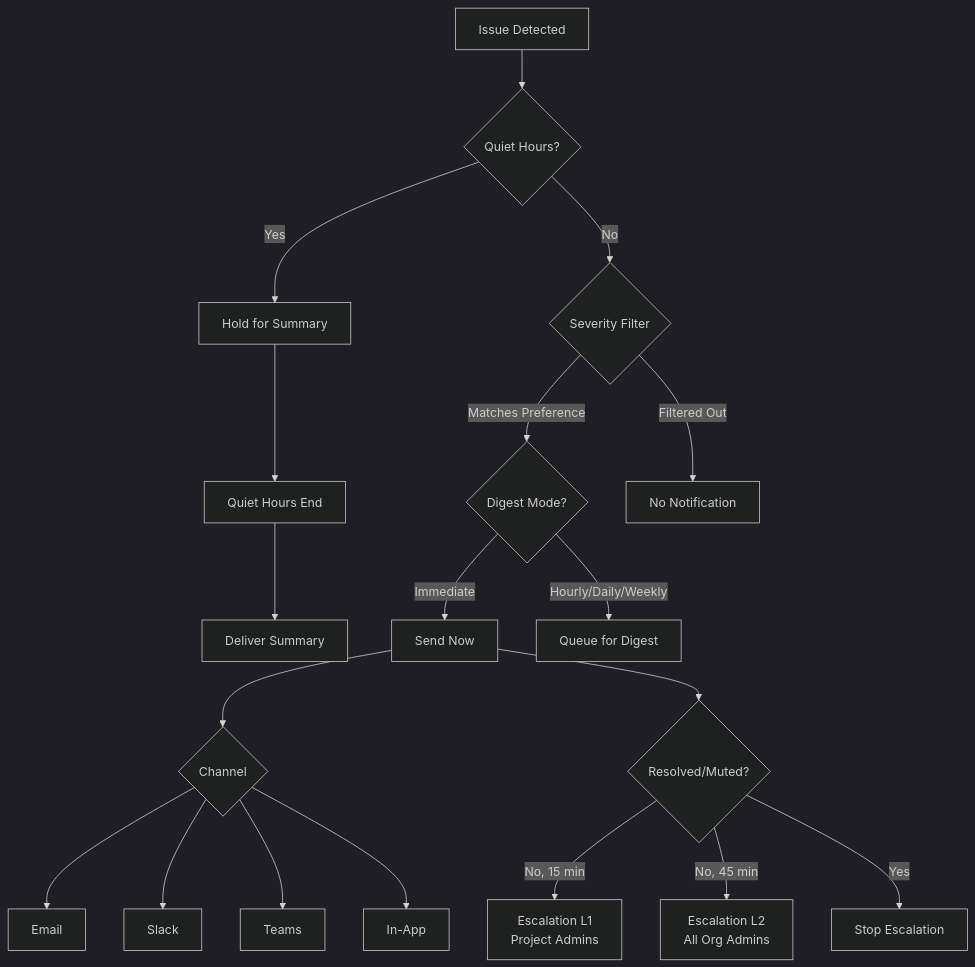
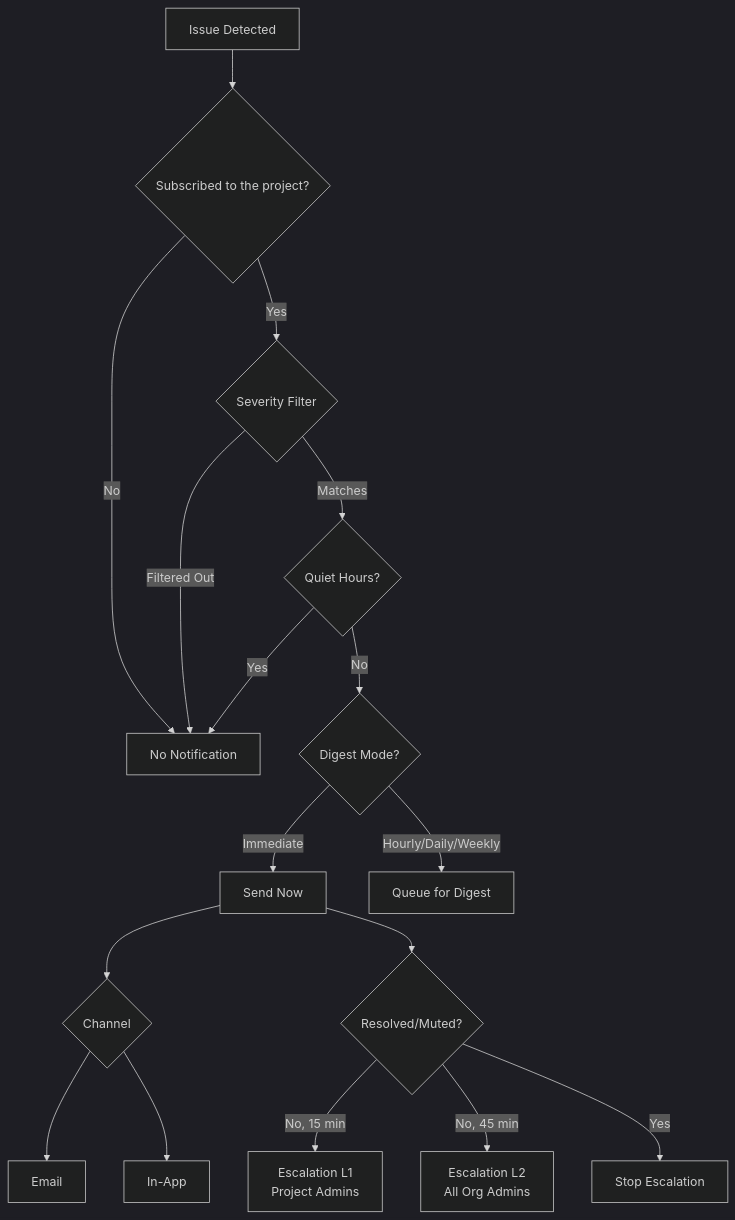
Before and after one commit to getserops/serops: the diagram in docs/src/user-guide/notifications.md, drawn with Mermaid (dark theme). The commit also changed other lines of this file and 16 other files, not shown here.

````diff
--- a/docs/src/user-guide/notifications.md
+++ b/docs/src/user-guide/notifications.md
@@ -11,20 +11,19 @@
 ```mermaid
 graph TD
-    T[Issue Detected] --> QH{Quiet Hours?}
-    QH -->|No| SEV{Severity Filter}
-    QH -->|Yes| HOLD[Hold for Summary]
-    HOLD --> QE[Quiet Hours End] --> DIGEST[Deliver Summary]
-    SEV -->|Matches Preference| CH{Digest Mode?}
-    SEV -->|Filtered Out| DROP[No Notification]
+    T[Issue Detected] --> SUB{Subscribed to the project?}
+    SUB -->|No| DROP[No Notification]
+    SUB -->|Yes| SEV{Severity Filter}
+    SEV -->|Filtered Out| DROP
+    SEV -->|Matches| QH{Quiet Hours?}
+    QH -->|Yes| DROP
+    QH -->|No| CH{Digest Mode?}
     CH -->|Immediate| SEND[Send Now]
     CH -->|Hourly/Daily/Weekly| BATCH[Queue for Digest]
     SEND --> CHAN{Channel}
     CHAN --> EMAIL[Email]
-    CHAN --> SLACK[Slack]
-    CHAN --> TEAMS[Teams]
     CHAN --> INAPP[In-App]
     SEND --> ACK{Resolved/Muted?}
     ACK -->|No, 15 min| ESC1[Escalation L1<br/>Project Admins]
     ACK -->|No, 45 min| ESC2[Escalation L2<br/>All Org Admins]
     ACK -->|Yes| STOP[Stop Escalation]
 ```
````
